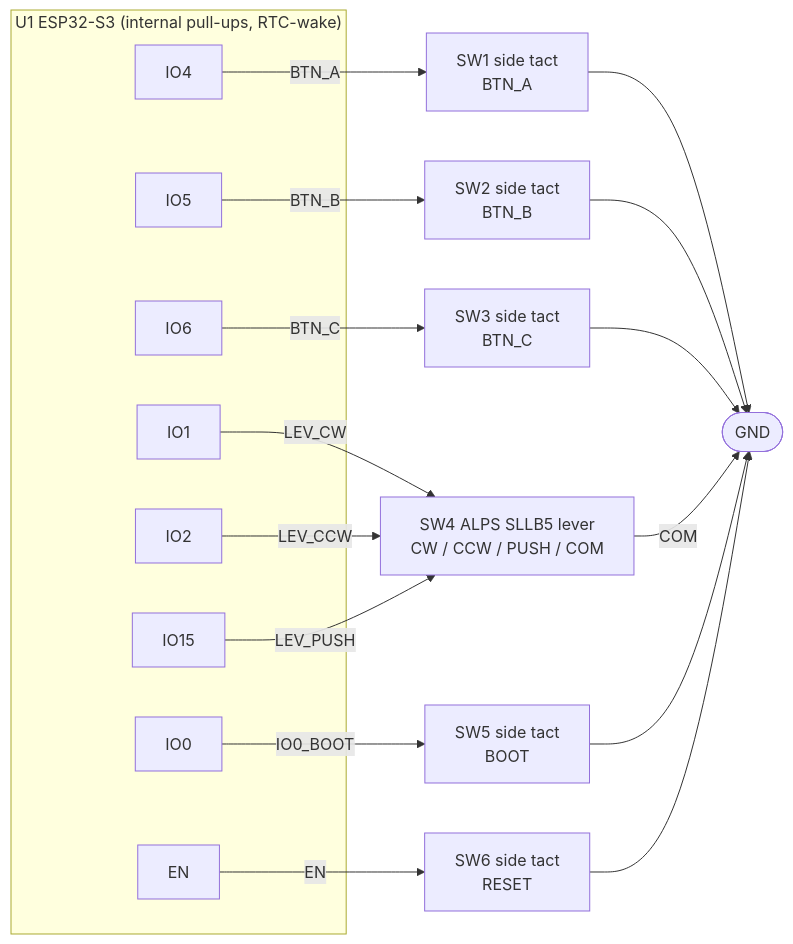
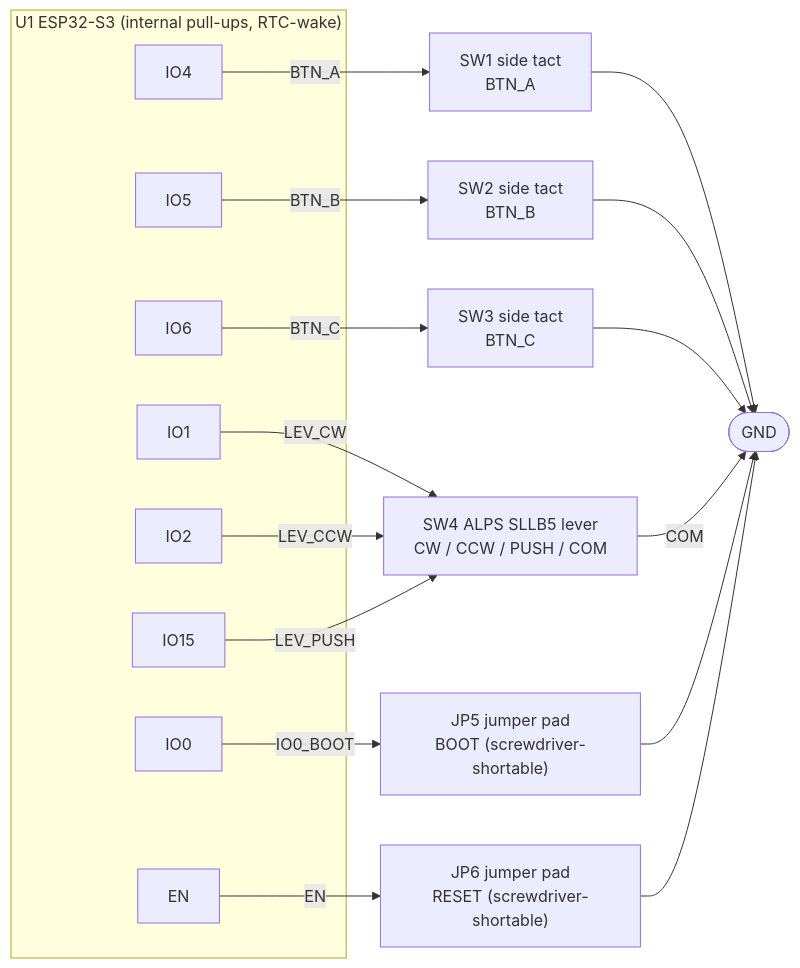
Before and after one commit to Craft-Code-Systems/mini-ereader: the third of 8 diagrams in ereader-schematic.md, drawn with Mermaid. The commit also changed other lines of this file and 13 other files, not shown here.

First line of the commit message:
Replace BOOT/RESET tactiles (SW5/SW6) with bare jumper pads (JP5/JP6)

````diff
--- a/ereader-schematic.md
+++ b/ereader-schematic.md
@@ -141,22 +145,22 @@
 ```mermaid
 flowchart LR
   subgraph MCU["U1 ESP32-S3 (internal pull-ups, RTC-wake)"]
     IO4["IO4"]; IO5["IO5"]; IO6["IO6"]
     IO1["IO1"]; IO2["IO2"]; IO15["IO15"]
     IO0["IO0"]; EN["EN"]
   end
   SW1["SW1 side tact<br/>BTN_A"]; SW2["SW2 side tact<br/>BTN_B"]; SW3["SW3 side tact<br/>BTN_C"]
   SW4["SW4 ALPS SLLB5 lever<br/>CW / CCW / PUSH / COM"]
-  SW5["SW5 side tact<br/>BOOT"]; SW6["SW6 side tact<br/>RESET"]
+  JP5["JP5 jumper pad<br/>BOOT (screwdriver-shortable)"]; JP6["JP6 jumper pad<br/>RESET (screwdriver-shortable)"]
   GND(["GND"])
 
   IO4 -- "BTN_A" --> SW1 --> GND
   IO5 -- "BTN_B" --> SW2 --> GND
   IO6 -- "BTN_C" --> SW3 --> GND
   IO1 -- "LEV_CW" --> SW4
   IO2 -- "LEV_CCW" --> SW4
   IO15 -- "LEV_PUSH" --> SW4
   SW4 -- "COM" --> GND
-  IO0 -- "IO0_BOOT" --> SW5 --> GND
-  EN -- "EN" --> SW6 --> GND
+  IO0 -- "IO0_BOOT" --> JP5 --> GND
+  EN -- "EN" --> JP6 --> GND
 ```
````
